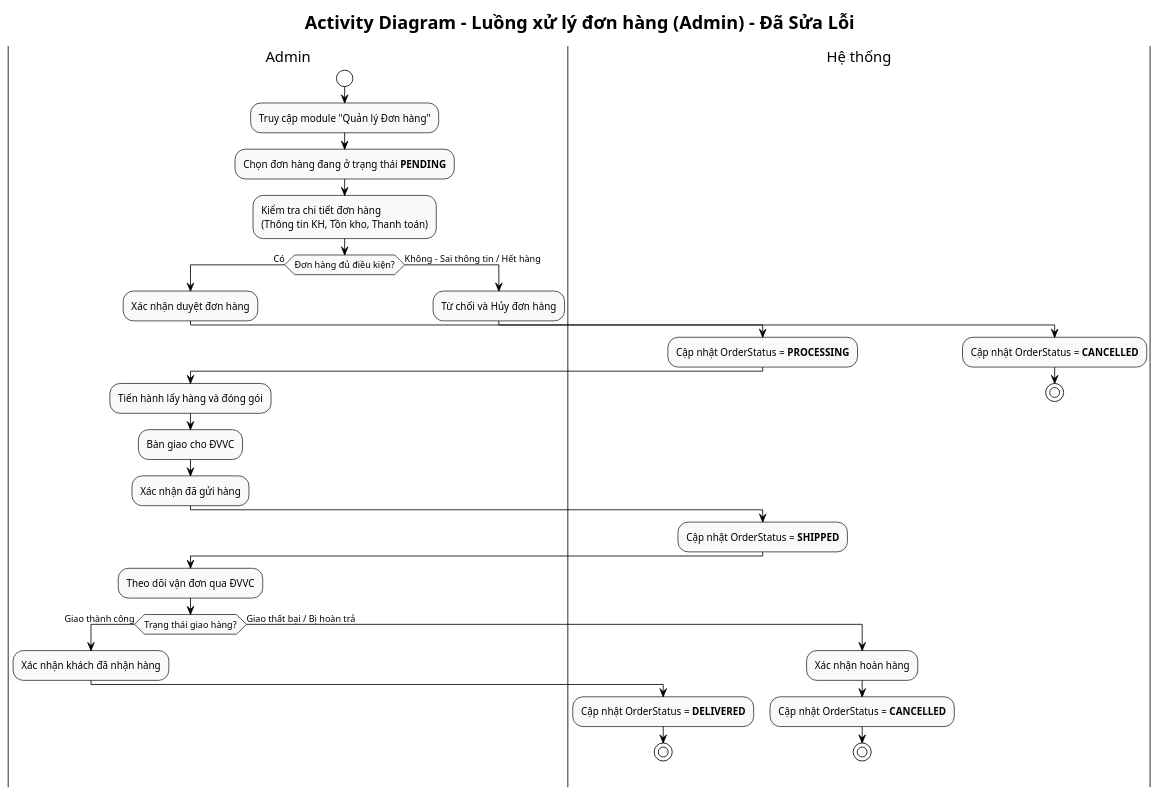
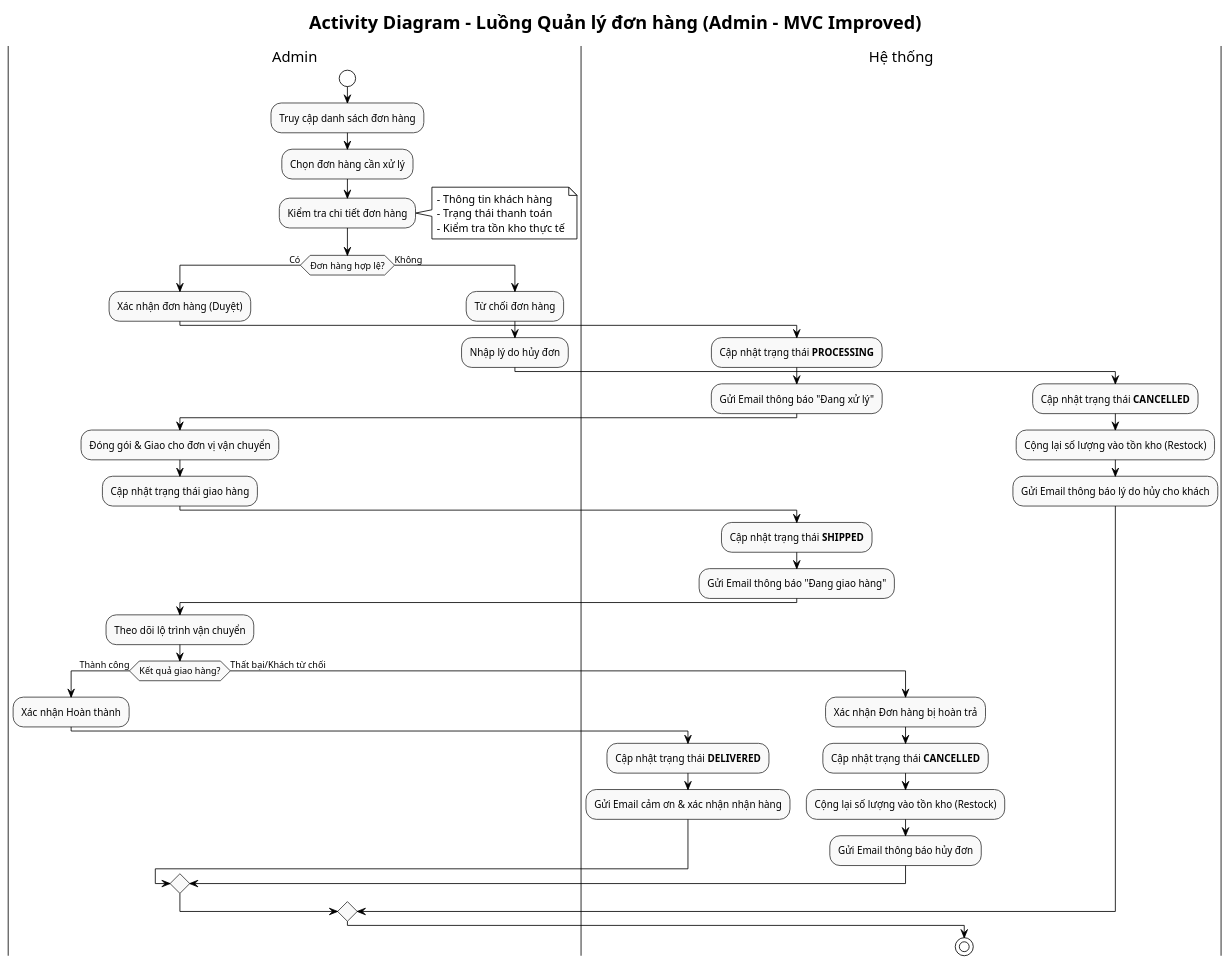
The diagram in src/Admin/activity/admin-order-processing-activity.puml (trihieuvo/justFUML), drawn with PlantUML before and after one commit. The commit also changed 2 other files, not shown here.

Commit message:
Refactor UML diagrams for order flows
Update three PlantUML diagrams to improve clarity and reflect MVC/DB interactions. Changes include: rewrite admin order activity flow (clearer steps, new title, added email notifications, restock on cancellations, more detailed notes and status transitions); standardize sequence diagrams to use a generic Database entity instead of repository-specific lifelines; add orthogonal line style and clearer HTTP/response messages; adjust apply-voucher flow to persist orders via Database and clarify controller responses. These edits are focused on documentation/usability of diagrams, not business logic code.

```diff
--- a/src/Admin/activity/admin-order-processing-activity.puml
+++ b/src/Admin/activity/admin-order-processing-activity.puml
@@ -1,55 +1,61 @@
 @startuml
 !theme plain
 skinparam linetype ortho
 skinparam ActivityBackgroundColor #f9f9f9
 skinparam ActivityBorderColor #333333
 
-title Activity Diagram - Luồng xử lý đơn hàng (Admin) - Đã Sửa Lỗi
+title Activity Diagram - Luồng Quản lý đơn hàng (Admin - MVC Improved)
 
 |Admin|
 start
-:Truy cập module "Quản lý Đơn hàng";
-:Chọn đơn hàng đang ở trạng thái **PENDING**;
-:Kiểm tra chi tiết đơn hàng \n(Thông tin KH, Tồn kho, Thanh toán);
+:Truy cập danh sách đơn hàng;
+:Chọn đơn hàng cần xử lý;
+:Kiểm tra chi tiết đơn hàng;
+note right
+    - Thông tin khách hàng
+    - Trạng thái thanh toán
+    - Kiểm tra tồn kho thực tế
+end note
 
-if (Đơn hàng đủ điều kiện?) then (Có)
-    :Xác nhận duyệt đơn hàng;
+if (Đơn hàng hợp lệ?) then (Có)
+    :Xác nhận đơn hàng (Duyệt);
+    |Hệ thống|
+    :Cập nhật trạng thái **PROCESSING**;
+    :Gửi Email thông báo "Đang xử lý";
+
+    |Admin|
+    :Đóng gói & Giao cho đơn vị vận chuyển;
+    :Cập nhật trạng thái giao hàng;
 
     |Hệ thống|
-    :Cập nhật OrderStatus = **PROCESSING**;
+    :Cập nhật trạng thái **SHIPPED**;
+    :Gửi Email thông báo "Đang giao hàng";
 
     |Admin|
-    :Tiến hành lấy hàng và đóng gói;
-    :Bàn giao cho ĐVVC;
-    :Xác nhận đã gửi hàng;
+    :Theo dõi lộ trình vận chuyển;
 
-    |Hệ thống|
-    :Cập nhật OrderStatus = **SHIPPED**;
-
-    |Admin|
-    :Theo dõi vận đơn qua ĐVVC;
-
-    if (Trạng thái giao hàng?) then (Giao thành công)
-        :Xác nhận khách đã nhận hàng;
+    if (Kết quả giao hàng?) then (Thành công)
+        :Xác nhận Hoàn thành;
         |Hệ thống|
-        :Cập nhật OrderStatus = **DELIVERED**;
+        :Cập nhật trạng thái **DELIVERED**;
+        :Gửi Email cảm ơn & xác nhận nhận hàng;
+    else (Thất bại/Khách từ chối)
+        :Xác nhận Đơn hàng bị hoàn trả;
         |Hệ thống|
-        stop
-    else (Giao thất bại / Bị hoàn trả)
-        :Xác nhận hoàn hàng;
-        |Hệ thống|
-        :Cập nhật OrderStatus = **CANCELLED**;
-        |Hệ thống|
-        stop
+        :Cập nhật trạng thái **CANCELLED**;
+        :Cộng lại số lượng vào tồn kho (Restock);
+        :Gửi Email thông báo hủy đơn;
     endif
 
-else (Không - Sai thông tin / Hết hàng)
+else (Không)
     |Admin|
-    :Từ chối và Hủy đơn hàng;
+    :Từ chối đơn hàng;
+    :Nhập lý do hủy đơn;
+    |Hệ thống|
+    :Cập nhật trạng thái **CANCELLED**;
+    :Cộng lại số lượng vào tồn kho (Restock);
+    :Gửi Email thông báo lý do hủy cho khách;
+endif
 
-    |Hệ thống|
-    :Cập nhật OrderStatus = **CANCELLED**;
-    |Hệ thống|
-    stop
-endif
+stop
 @enduml
```
